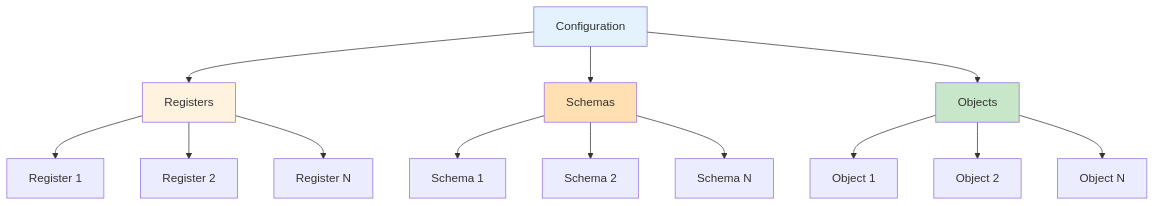
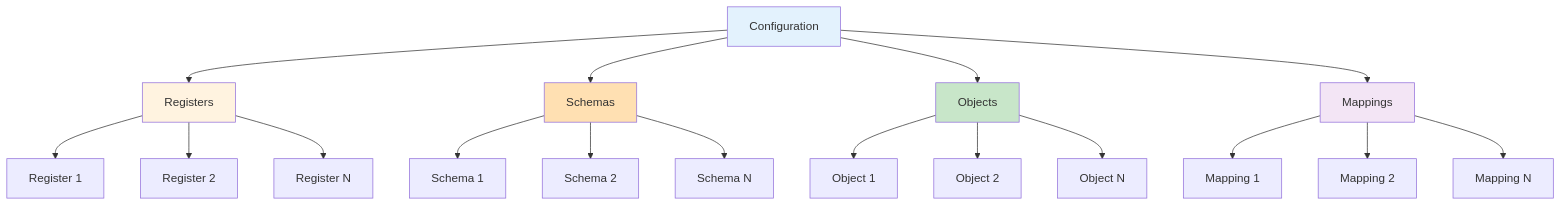
One commit to ConductionNL/openregister changed the first of 14 diagrams in docs/Features/configurations.md. Above: the diagram before and after it, drawn with Mermaid. The commit also changed other lines of this file and 564 other files, not shown here.

````diff
--- a/docs/Features/configurations.md
+++ b/docs/Features/configurations.md
@@ -12,23 +13,29 @@
 ```mermaid
 graph TD
     A[Configuration] --> B[Registers]
     A --> C[Schemas]
     A --> D[Objects]
-    
+    A --> E[Mappings]
+
     B --> B1[Register 1]
     B --> B2[Register 2]
     B --> B3[Register N]
-    
+
     C --> C1[Schema 1]
     C --> C2[Schema 2]
     C --> C3[Schema N]
-    
+
     D --> D1[Object 1]
     D --> D2[Object 2]
     D --> D3[Object N]
-    
+
+    E --> E1[Mapping 1]
+    E --> E2[Mapping 2]
+    E --> E3[Mapping N]
+
     style A fill:#e3f2fd
     style B fill:#fff3e0
     style C fill:#ffe0b2
     style D fill:#c8e6c9
+    style E fill:#f3e5f5
 ```
````
